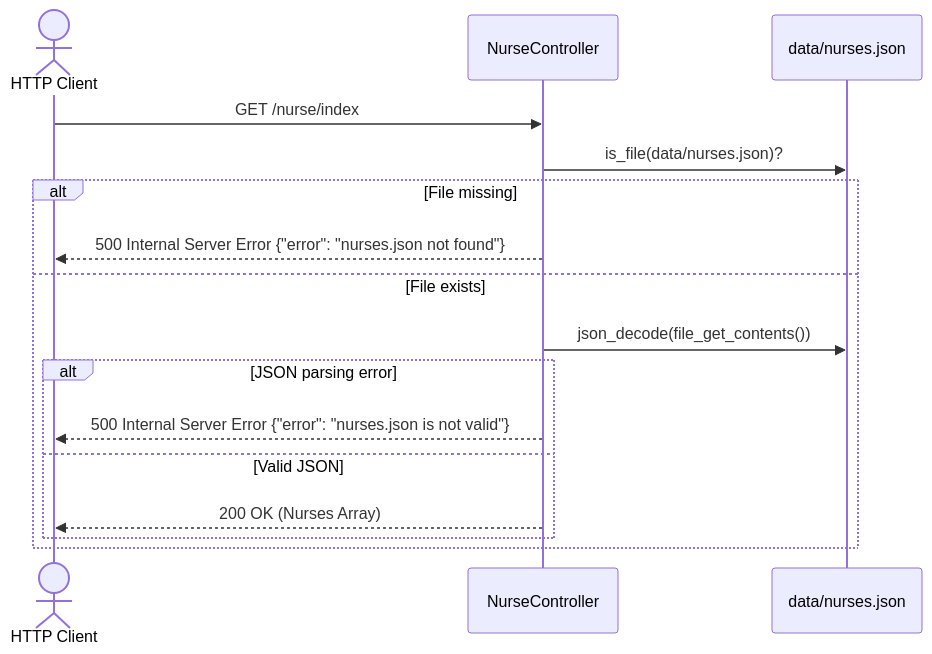
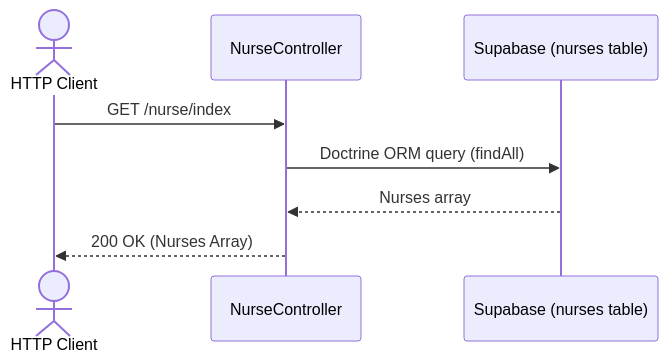
Before and after one commit to Ignaciobrenas/Nurse-Simulator: the sixth of 7 diagrams in docs/general/DOCUMENTATION_EN.md, drawn with Mermaid. The commit also changed other lines of this file and 7 other files, not shown here.

````diff
--- a/docs/general/DOCUMENTATION_EN.md
+++ b/docs/general/DOCUMENTATION_EN.md
@@ -328,19 +325,11 @@
 ```mermaid
 sequenceDiagram
     actor Client as HTTP Client
     participant Controller as NurseController
-    participant JSON as data/nurses.json
+    participant JSON as Supabase (nurses table)
 
     Client->>Controller: GET /nurse/index
-    Controller->>JSON: is_file(data/nurses.json)?
-    alt File missing
-        Controller-->>Client: 500 Internal Server Error {"error": "nurses.json not found"}
-    else File exists
-        Controller->>JSON: json_decode(file_get_contents())
-        alt JSON parsing error
-            Controller-->>Client: 500 Internal Server Error {"error": "nurses.json is not valid"}
-        else Valid JSON
-            Controller-->>Client: 200 OK (Nurses Array)
-        end
-    end
+    Controller->>JSON: Doctrine ORM query (findAll)
+    JSON-->>Controller: Nurses array
+    Controller-->>Client: 200 OK (Nurses Array)
 ```
````
